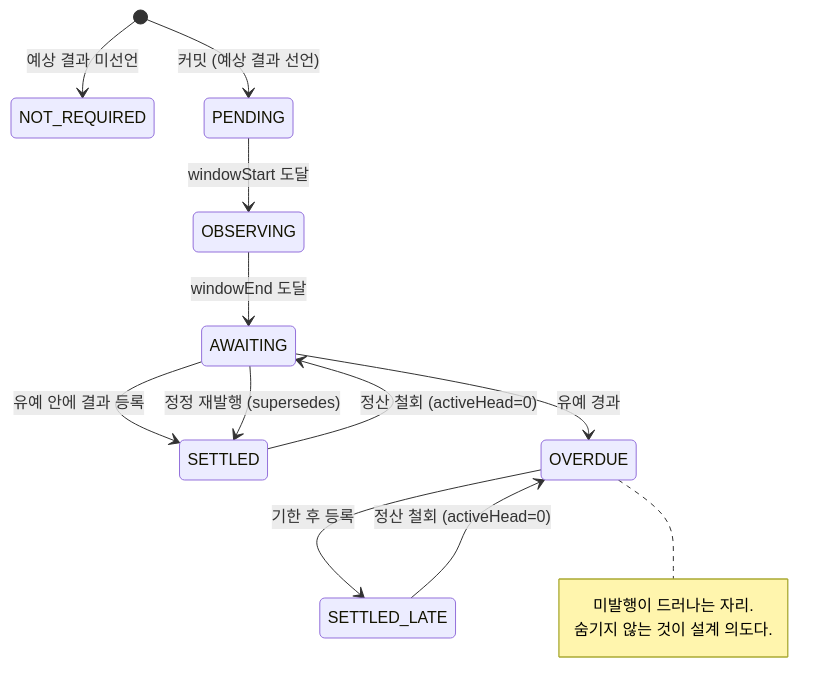
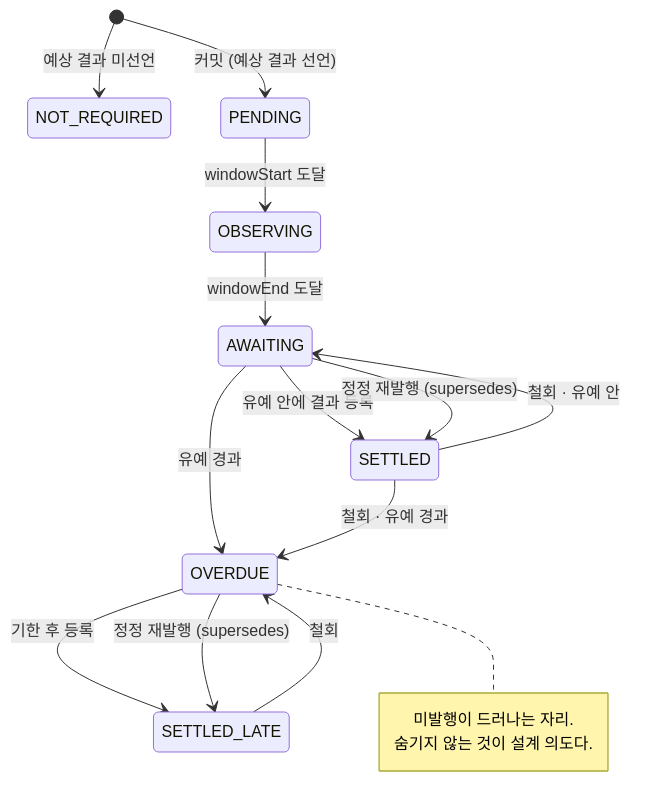
Before and after one commit to Bo621/POI: the diagram in gitbook/usage/screens.md, drawn with Mermaid. The commit also changed other lines of this file and 6 other files, not shown here.

````diff
--- a/gitbook/usage/screens.md
+++ b/gitbook/usage/screens.md
@@ -18,18 +18,20 @@
 ```mermaid
 stateDiagram-v2
     [*] --> NOT_REQUIRED: 예상 결과 미선언
     [*] --> PENDING: 커밋 (예상 결과 선언)
     PENDING --> OBSERVING: windowStart 도달
     OBSERVING --> AWAITING: windowEnd 도달
     AWAITING --> SETTLED: 유예 안에 결과 등록
     AWAITING --> OVERDUE: 유예 경과
     OVERDUE --> SETTLED_LATE: 기한 후 등록
-    SETTLED --> AWAITING: 정산 철회 (activeHead=0)
-    SETTLED_LATE --> OVERDUE: 정산 철회 (activeHead=0)
+    SETTLED --> AWAITING: 철회 · 유예 안
+    SETTLED --> OVERDUE: 철회 · 유예 경과
+    SETTLED_LATE --> OVERDUE: 철회
     AWAITING --> SETTLED: 정정 재발행 (supersedes)
+    OVERDUE --> SETTLED_LATE: 정정 재발행 (supersedes)
 
     note right of OVERDUE
         미발행이 드러나는 자리.
         숨기지 않는 것이 설계 의도다.
     end note
 ```
````
